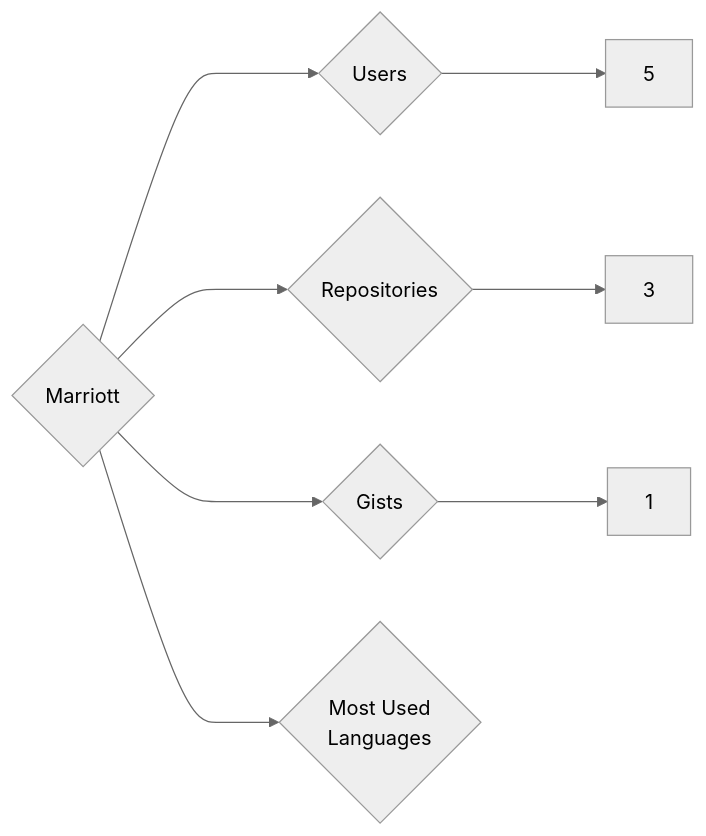
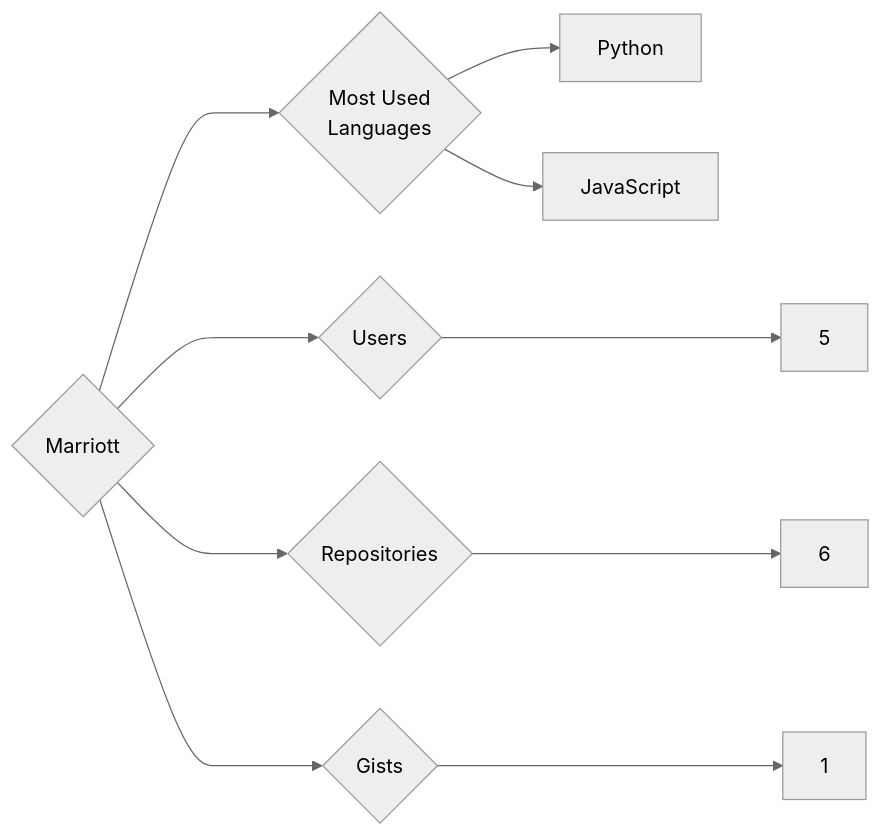
One commit to trickest/insiders changed the diagram in targets/Marriott/README.md. Above: the diagram before and after it, drawn with Mermaid (neutral theme). The commit also changed 1496 other files, not shown here.

````diff
--- a/targets/Marriott/README.md
+++ b/targets/Marriott/README.md
@@ -3,8 +3,10 @@
 ```mermaid
 graph LR
 COMPANY_NAME{Marriott}
 COMPANY_NAME ---> U{Users} ---> UN[5]
-COMPANY_NAME ---> R{Repositories} ---> RN[3]
+COMPANY_NAME ---> R{Repositories} ---> RN[6]
 COMPANY_NAME ---> G{Gists} ---> GN[1]
 COMPANY_NAME ---> ML{Most Used<br>Languages}
+ML --> Python[Python]
+ML --> JavaScript[JavaScript]
 ```
````
